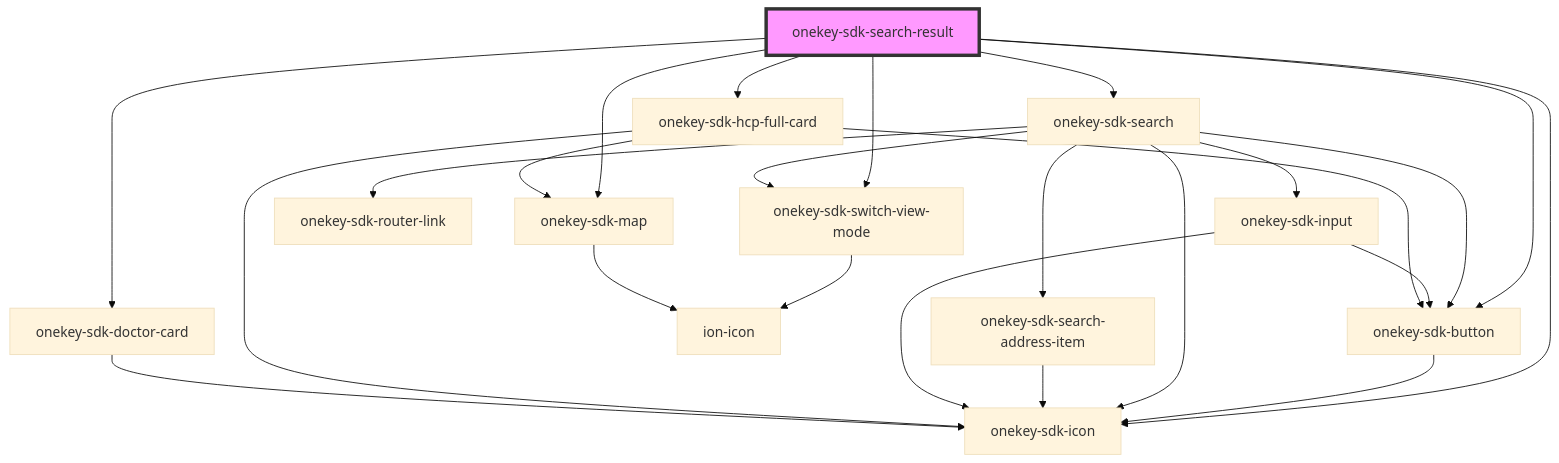
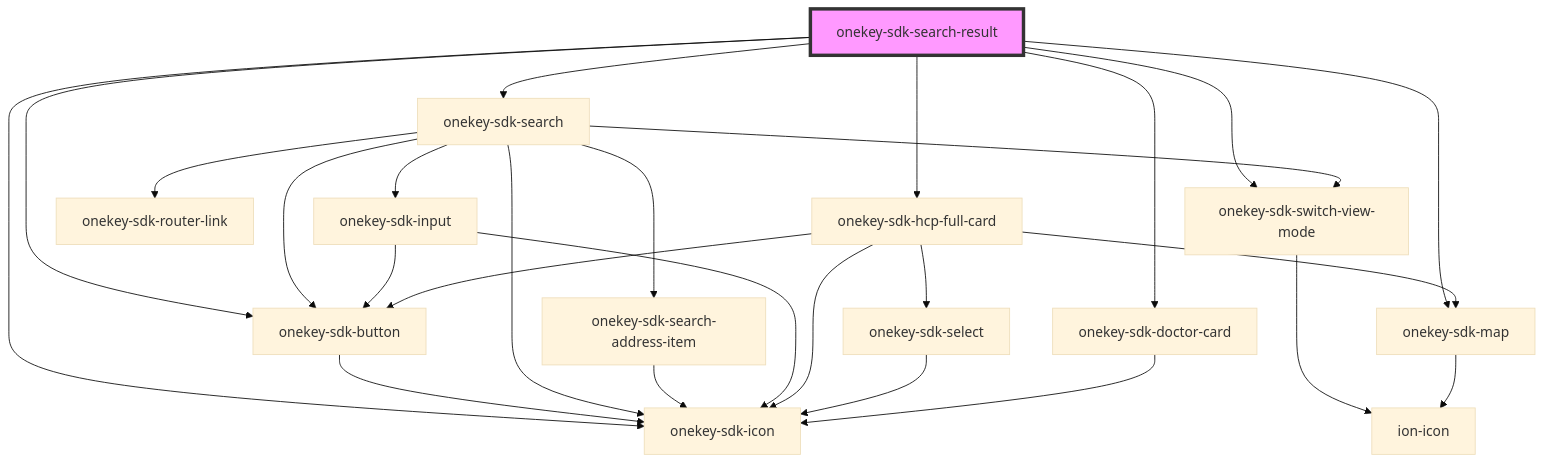
The diagram in packages/onekey-sdk-web-ui/docs/components/screens/onekey-sdk-search-result/readme.md (hcl-sdk/HealthCareLocatorWebSDK), drawn with Mermaid (base theme) before and after one commit. The commit also changed 16 other files, not shown here.

````diff
--- a/packages/onekey-sdk-web-ui/docs/components/screens/onekey-sdk-search-result/readme.md
+++ b/packages/onekey-sdk-web-ui/docs/components/screens/onekey-sdk-search-result/readme.md
@@ -21,27 +21,29 @@
 ```mermaid
 graph TD;
   onekey-sdk-search-result --> onekey-sdk-button
   onekey-sdk-search-result --> onekey-sdk-switch-view-mode
   onekey-sdk-search-result --> onekey-sdk-icon
   onekey-sdk-search-result --> onekey-sdk-search
   onekey-sdk-search-result --> onekey-sdk-hcp-full-card
   onekey-sdk-search-result --> onekey-sdk-doctor-card
   onekey-sdk-search-result --> onekey-sdk-map
   onekey-sdk-button --> onekey-sdk-icon
   onekey-sdk-switch-view-mode --> ion-icon
   onekey-sdk-search --> onekey-sdk-search-address-item
   onekey-sdk-search --> onekey-sdk-router-link
   onekey-sdk-search --> onekey-sdk-icon
   onekey-sdk-search --> onekey-sdk-input
   onekey-sdk-search --> onekey-sdk-button
   onekey-sdk-search --> onekey-sdk-switch-view-mode
   onekey-sdk-search-address-item --> onekey-sdk-icon
   onekey-sdk-input --> onekey-sdk-button
   onekey-sdk-input --> onekey-sdk-icon
   onekey-sdk-hcp-full-card --> onekey-sdk-button
   onekey-sdk-hcp-full-card --> onekey-sdk-icon
   onekey-sdk-hcp-full-card --> onekey-sdk-map
+  onekey-sdk-hcp-full-card --> onekey-sdk-select
   onekey-sdk-map --> ion-icon
+  onekey-sdk-select --> onekey-sdk-icon
   onekey-sdk-doctor-card --> onekey-sdk-icon
   style onekey-sdk-search-result fill:#f9f,stroke:#333,stroke-width:4px
 ```
````
